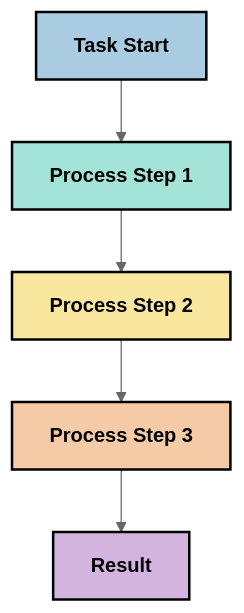
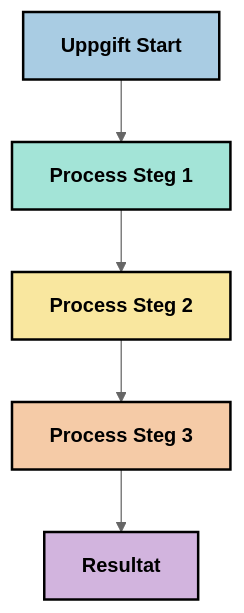
One commit to HIDORAKAI002/ai-workspace-archive changed the third of 6 diagrams in mcp_ecosystem__model_context_protocol/mcp_learning_resources/mcp-for-beginners/translations/sv/05-AdvancedTopics/mcp-contextengineering/README.md. Above: the diagram before and after it, drawn with Mermaid (neutral theme). The commit also changed other lines of this file and 1046 other files, not shown here.

````diff
--- a/mcp_ecosystem__model_context_protocol/mcp_learning_resources/mcp-for-beginners/translations/sv/05-AdvancedTopics/mcp-contextengineering/README.md
+++ b/mcp_ecosystem__model_context_protocol/mcp_learning_resources/mcp-for-beginners/translations/sv/05-AdvancedTopics/mcp-contextengineering/README.md
@@ -163,13 +165,13 @@
 ```mermaid
 graph TD
-    A[Task Start] --> B[Process Step 1]
-    B --> C[Process Step 2]
-    C --> D[Process Step 3]
-    D --> E[Result]
+    A[Uppgift Start] --> B[Process Steg 1]
+    B --> C[Process Steg 2]
+    C --> D[Process Steg 3]
+    D --> E[Resultat]
     
     style A fill:#A9CCE3,stroke:#000000,stroke-width:2px,color:#000000,font-weight:bold
     style B fill:#A3E4D7,stroke:#000000,stroke-width:2px,color:#000000,font-weight:bold
     style C fill:#F9E79F,stroke:#000000,stroke-width:2px,color:#000000,font-weight:bold
     style D fill:#F5CBA7,stroke:#000000,stroke-width:2px,color:#000000,font-weight:bold
     style E fill:#D2B4DE,stroke:#000000,stroke-width:2px,color:#000000,font-weight:bold
 ```
````
